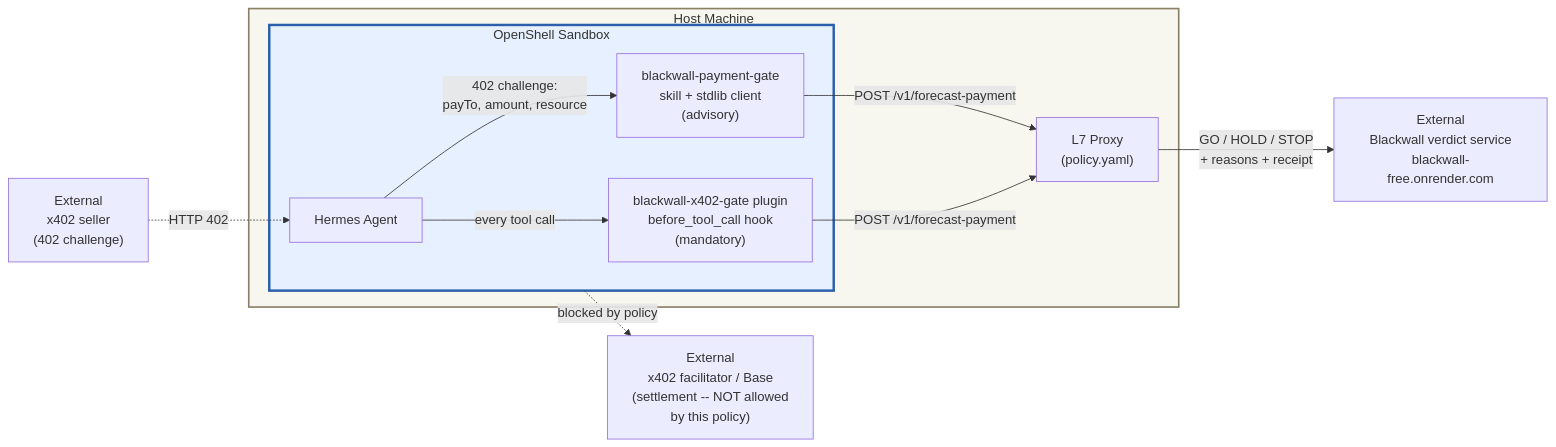
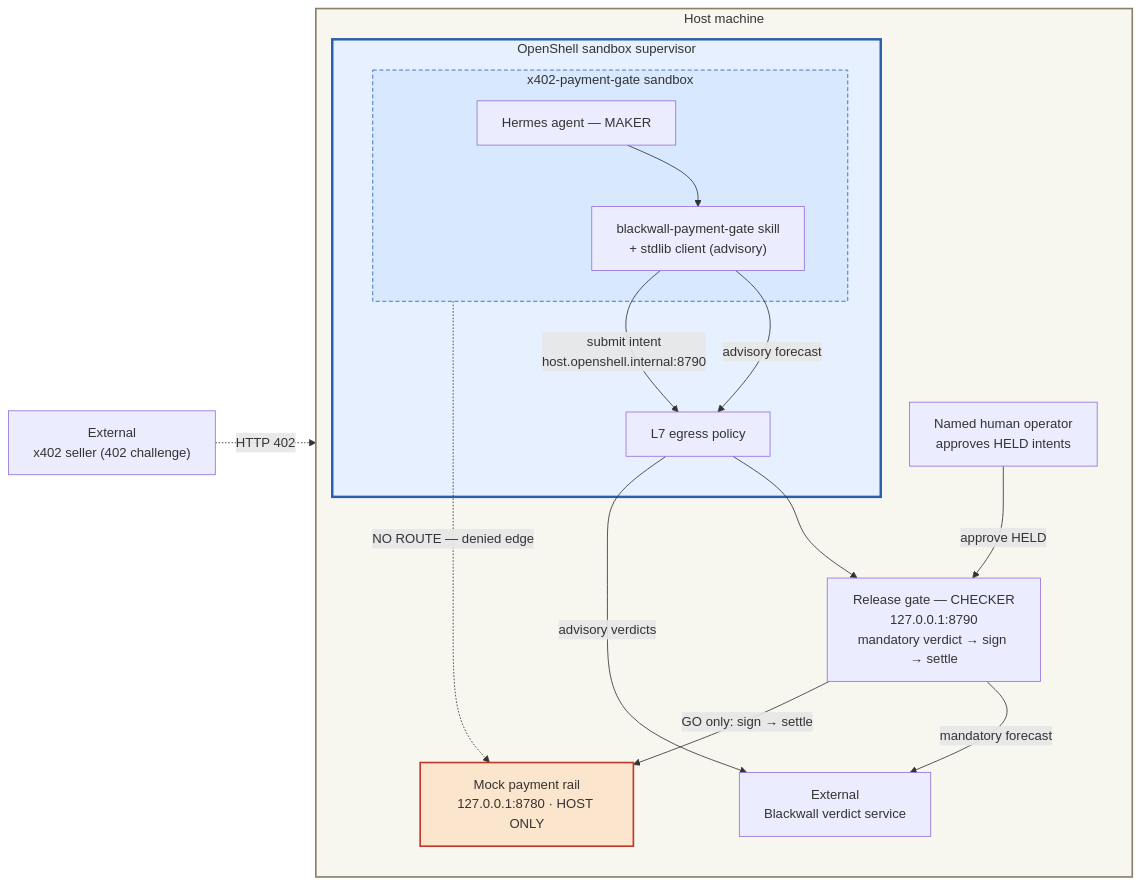
Before and after one commit to bluetieroperations-create/nemoclaw-community: the diagram in examples/recipes/partners/bluetier/x402-payment-gate/README.md, drawn with Mermaid. The commit also changed other lines of this file and 17 other files, not shown here.

````diff
--- a/examples/recipes/partners/bluetier/x402-payment-gate/README.md
+++ b/examples/recipes/partners/bluetier/x402-payment-gate/README.md
@@ -29,26 +33,37 @@
 ```mermaid
 flowchart LR
-    blackwall["External\nBlackwall verdict service\nblackwall-free.onrender.com"]
-    seller["External\nx402 seller\n(402 challenge)"]
-    chain["External\nx402 facilitator / Base\n(settlement -- NOT allowed\nby this policy)"]
+    blackwall["External\nBlackwall verdict service"]
+    seller["External\nx402 seller (402 challenge)"]
 
-    subgraph host["Host Machine"]
-        subgraph sandbox["OpenShell Sandbox"]
-            agent["Hermes Agent"]
-            skill["blackwall-payment-gate\nskill + stdlib client\n(advisory)"]
-            hook["blackwall-x402-gate plugin\nbefore_tool_call hook\n(mandatory)"]
-            agent -->|"402 challenge:\npayTo, amount, resource"| skill
-            agent -->|"every tool call"| hook
+    subgraph host["Host machine"]
+        direction TB
+        gate["Release gate — CHECKER\n127.0.0.1:8790\nmandatory verdict → sign → settle"]
+        rail["Mock payment rail\n127.0.0.1:8780 · HOST ONLY"]
+        human["Named human operator\napproves HELD intents"]
+
+        subgraph supervisor["OpenShell sandbox supervisor"]
+            policy["L7 egress policy"]
+            subgraph sandbox["x402-payment-gate sandbox"]
+                agent["Hermes agent — MAKER"]
+                skill["blackwall-payment-gate skill\n+ stdlib client (advisory)"]
+                agent --> skill
+            end
         end
-        proxy["L7 Proxy\n(policy.yaml)"]
-        skill -->|"POST /v1/forecast-payment"| proxy
-        hook -->|"POST /v1/forecast-payment"| proxy
+
+        skill -->|"advisory forecast"| policy
+        skill -->|"submit intent\nhost.openshell.internal:8790"| policy
+        policy --> gate
+        gate -->|"mandatory forecast"| blackwall
+        gate -->|"GO only: sign → settle"| rail
+        human -->|"approve HELD"| gate
     end
 
-    proxy -->|"GO / HOLD / STOP\n+ reasons + receipt"| blackwall
+    policy -->|"advisory verdicts"| blackwall
     seller -.->|"HTTP 402"| agent
-    sandbox -. "blocked by policy" .-> chain
+    sandbox -. "NO ROUTE — denied edge" .-> rail
 
     style host fill:#f7f6ef,stroke:#8a8068,stroke-width:2px
-    style sandbox fill:#e7f0ff,stroke:#2b5fab,stroke-width:3px
+    style supervisor fill:#e7f0ff,stroke:#2b5fab,stroke-width:3px
+    style sandbox fill:#d8e8ff,stroke:#2b5fab,stroke-dasharray:5 3
+    style rail fill:#fce5cd,stroke:#c0392b,stroke-width:2px
 ```
````
